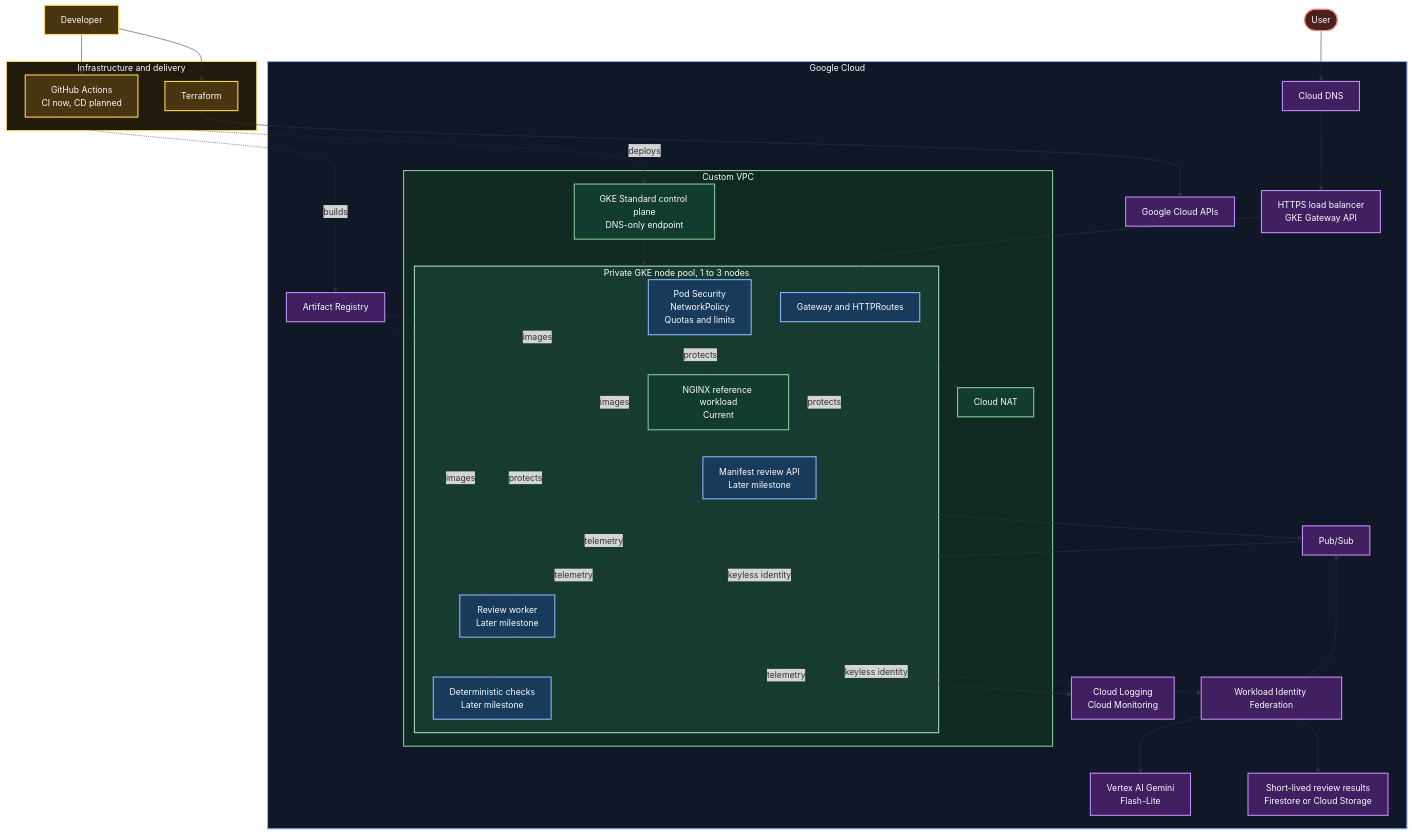
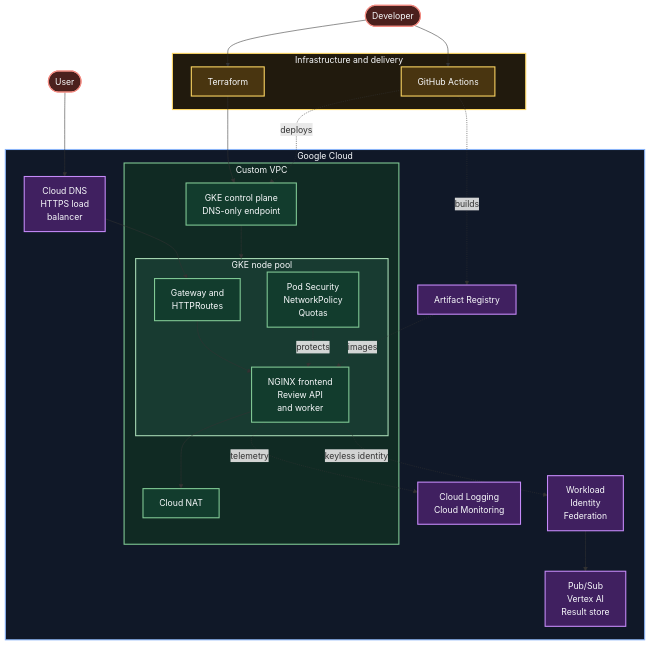
The diagram in README.md (sindredg/k8-lab), drawn with Mermaid before and after one commit.

Commit message:
docs: adjust mermaid for readability

````diff
--- a/README.md
+++ b/README.md
@@ -3,83 +3,58 @@
 ```mermaid
 flowchart TB
     User(["User"])
-    Developer["Developer"]
+    Developer(["Developer"])
 
     subgraph Delivery["Infrastructure and delivery"]
         Terraform["Terraform"]
-        GitHub["GitHub Actions<br/>CI now, CD planned"]
+        GitHub["GitHub Actions"]
     end
 
     subgraph GCP["Google Cloud"]
-        DNS["Cloud DNS"]
-        Gateway["HTTPS load balancer<br/>GKE Gateway API"]
+        Ingress["Cloud DNS<br/>HTTPS load<br/>balancer"]
         Registry["Artifact Registry"]
-        PubSub["Pub/Sub"]
-        Vertex["Vertex AI Gemini<br/>Flash-Lite"]
-        Results["Short-lived review results<br/>Firestore or Cloud Storage"]
+        Identity["Workload<br/>Identity<br/>Federation"]
+        Services["Pub/Sub<br/>Vertex AI<br/>Result store"]
         Observability["Cloud Logging<br/>Cloud Monitoring"]
-        Identity["Workload Identity Federation"]
-        APIs["Google Cloud APIs"]
 
         subgraph VPC["Custom VPC"]
-            ControlPlane["GKE Standard control plane<br/>DNS-only endpoint"]
+            ControlPlane["GKE control plane<br/>DNS-only endpoint"]
+
+            subgraph Cluster["GKE node pool"]
+                Routes["Gateway and<br/>HTTPRoutes"]
+                Workloads["NGINX frontend<br/>Review API<br/>and worker"]
+                Guardrails["Pod Security<br/>NetworkPolicy<br/>Quotas"]
+            end
+
             NAT["Cloud NAT"]
-
-            subgraph Cluster["Private GKE node pool, 1 to 3 nodes"]
-                Routes["Gateway and HTTPRoutes"]
-                Frontend["NGINX reference workload<br/>Current"]
-                API["Manifest review API<br/>Later milestone"]
-                Worker["Review worker<br/>Later milestone"]
-                Checks["Deterministic checks<br/>Later milestone"]
-                Guardrails["Pod Security<br/>NetworkPolicy<br/>Quotas and limits"]
-
-                Routes --> Frontend
-                Frontend --> API
-                Worker --> Checks
-                Guardrails -. protects .-> Frontend
-                Guardrails -. protects .-> API
-                Guardrails -. protects .-> Worker
-            end
         end
     end
 
-    User --> DNS
-    DNS --> Gateway
-    Gateway --> Routes
-    API --> PubSub
-    PubSub --> Worker
-    API -. keyless identity .-> Identity
-    Worker -. keyless identity .-> Identity
-    Identity --> PubSub
-    Identity --> Vertex
-    Identity --> Results
-
+    User --> Ingress
+    Ingress --> Routes
+    Routes --> Workloads
+    Guardrails -. protects .-> Workloads
     Developer --> Terraform
     Developer --> GitHub
-    Terraform --> APIs
+    Terraform --> ControlPlane
     GitHub -. builds .-> Registry
     GitHub -. deploys .-> ControlPlane
-    Registry -. images .-> Frontend
-    Registry -. images .-> API
-    Registry -. images .-> Worker
-
+    Registry -. images .-> Workloads
     ControlPlane --> Cluster
-    Cluster --> NAT
-    Frontend -. telemetry .-> Observability
-    API -. telemetry .-> Observability
-    Worker -. telemetry .-> Observability
+    Workloads --> NAT
+    Workloads -. telemetry .-> Observability
+    Workloads -. keyless identity .-> Identity
+    Identity --> Services
 
     classDef external fill:#4B201D,stroke:#F28B82,color:#F8FAFC,stroke-width:2px
-    classDef current fill:#123C2D,stroke:#81C995,color:#F8FAFC,stroke-width:2px
-    classDef planned fill:#183B5B,stroke:#8AB4F8,color:#F8FAFC,stroke-width:2px
+    classDef delivery fill:#493510,stroke:#FDD663,color:#F8FAFC,stroke-width:2px
+    classDef workload fill:#123C2D,stroke:#81C995,color:#F8FAFC,stroke-width:2px
     classDef managed fill:#402060,stroke:#C58AF9,color:#F8FAFC,stroke-width:2px
-    classDef delivery fill:#493510,stroke:#FDD663,color:#F8FAFC,stroke-width:2px
 
-    class User external
-    class Developer,Terraform,GitHub delivery
-    class ControlPlane,NAT,Frontend current
-    class Routes,API,Worker,Checks,Guardrails planned
-    class DNS,Gateway,Registry,PubSub,Vertex,Results,Observability,Identity,APIs managed
+    class User,Developer external
+    class Terraform,GitHub delivery
+    class ControlPlane,NAT,Routes,Workloads,Guardrails workload
+    class Ingress,Registry,Identity,Services,Observability managed
 
     style Delivery fill:#211A0D,stroke:#FDD663,color:#F8FAFC,stroke-width:2px
     style GCP fill:#101828,stroke:#8AB4F8,color:#F8FAFC,stroke-width:2px
````
